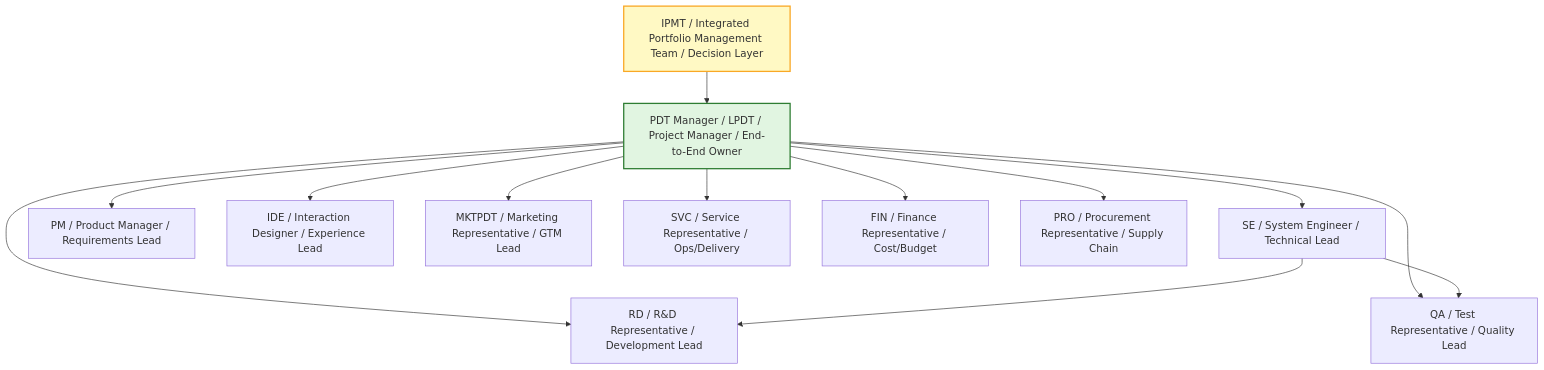
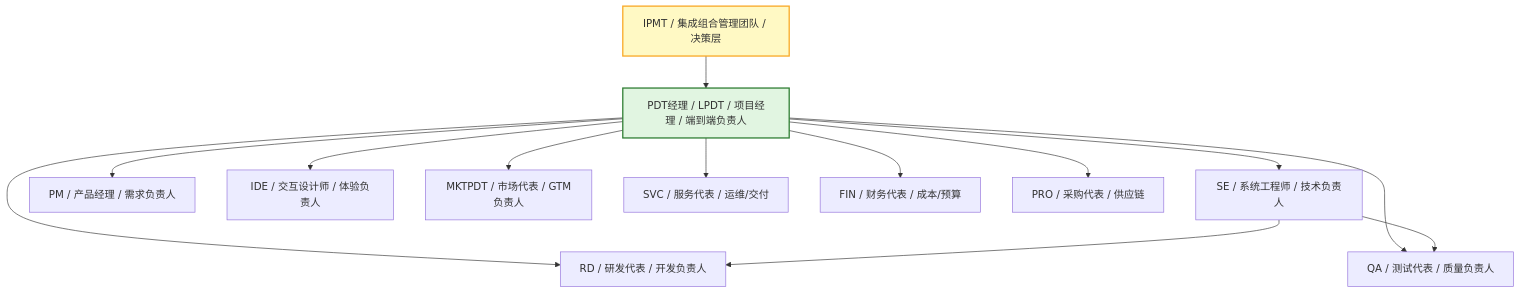
One commit to Kirky-X/cangjie changed the seventh of 11 diagrams in templates/Product/Strategy/Template-Project-Charter.md. Above: the diagram before and after it, drawn with Mermaid. The commit also changed other lines of this file and 33 other files, not shown here.

````diff
--- a/templates/Product/Strategy/Template-Project-Charter.md
+++ b/templates/Product/Strategy/Template-Project-Charter.md
@@ -349,20 +349,20 @@
 ```mermaid
 graph TD
-    IPMT[IPMT / Integrated Portfolio Management Team / Decision Layer] --> PDT[PDT Manager / LPDT / Project Manager / End-to-End Owner]
+    IPMT[IPMT / 集成组合管理团队 / 决策层] --> PDT[PDT经理 / LPDT / 项目经理 / 端到端负责人]
 
-    PDT --> SE[SE / System Engineer / Technical Lead]
-    PDT --> PM[PM / Product Manager / Requirements Lead]
-    PDT --> RD[RD / R&D Representative / Development Lead]
-    PDT --> QA[QA / Test Representative / Quality Lead]
-    PDT --> ID[IDE / Interaction Designer / Experience Lead]
-    PDT --> MKT[MKTPDT / Marketing Representative / GTM Lead]
-    PDT --> SVC[SVC / Service Representative / Ops/Delivery]
-    PDT --> FIN[FIN / Finance Representative / Cost/Budget]
-    PDT --> PRO[PRO / Procurement Representative / Supply Chain]
+    PDT --> SE[SE / 系统工程师 / 技术负责人]
+    PDT --> PM[PM / 产品经理 / 需求负责人]
+    PDT --> RD[RD / 研发代表 / 开发负责人]
+    PDT --> QA[QA / 测试代表 / 质量负责人]
+    PDT --> ID[IDE / 交互设计师 / 体验负责人]
+    PDT --> MKT[MKTPDT / 市场代表 / GTM负责人]
+    PDT --> SVC[SVC / 服务代表 / 运维/交付]
+    PDT --> FIN[FIN / 财务代表 / 成本/预算]
+    PDT --> PRO[PRO / 采购代表 / 供应链]
 
     SE --> RD
     SE --> QA
 
     style IPMT fill:#fff9c4,stroke:#f9a825,stroke-width:2px
     style PDT fill:#e1f5e1,stroke:#2e7d32,stroke-width:2px
 ```
````
